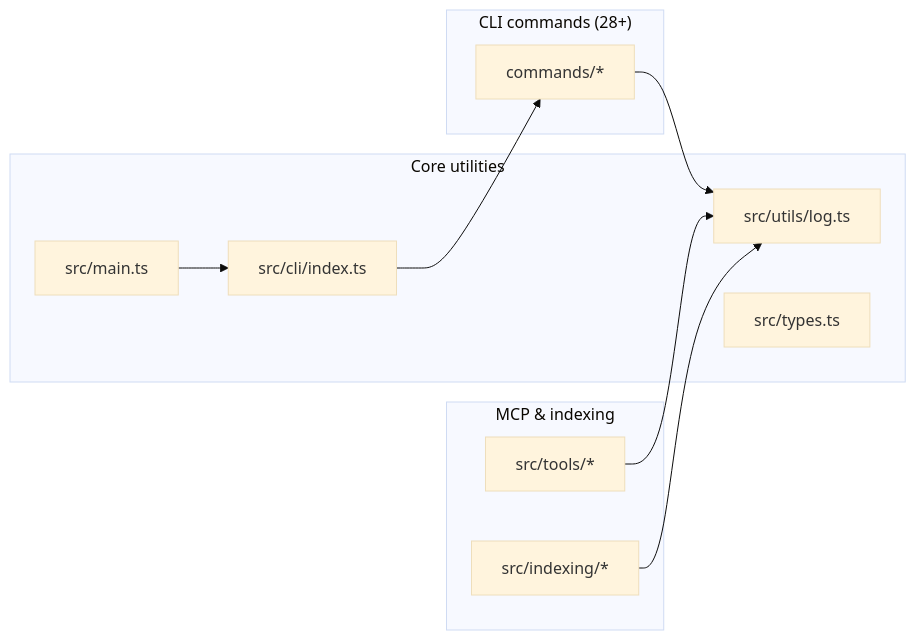
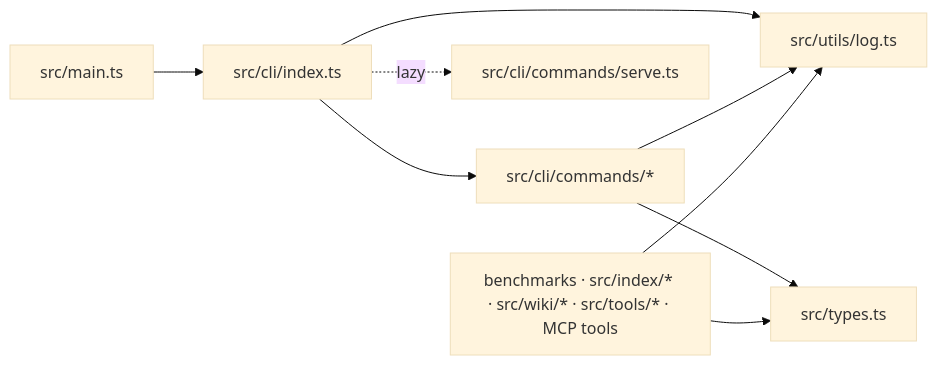
One commit to TheWinci/mimirs changed the second of 2 diagrams in wiki/communities/cli-entry-core.md. Above: the diagram before and after it, drawn with Mermaid (base theme). The commit also changed other lines of this file and 36 other files, not shown here.

````diff
--- a/wiki/communities/cli-entry-core.md
+++ b/wiki/communities/cli-entry-core.md
@@ -34,21 +41,18 @@
 ```mermaid
 flowchart LR
-  subgraph core ["Core utilities"]
-    mainTs["src/main.ts"]
-    cliIdx["src/cli/index.ts"]
-    logUtil["src/utils/log.ts"]
-    types["src/types.ts"]
-  end
-  subgraph cmds ["CLI commands (28+)"]
-    cmdHandlers["commands/*"]
-  end
-  subgraph consumers ["MCP & indexing"]
-    tools["src/tools/*"]
-    indexing["src/indexing/*"]
-  end
-  mainTs --> cliIdx
-  cliIdx --> cmdHandlers
-  cmdHandlers --> logUtil
-  tools --> logUtil
-  indexing --> logUtil
+    entry["src/main.ts"]
+    dispatch["src/cli/index.ts"]
+    logMod["src/utils/log.ts"]
+    typesMod["src/types.ts"]
+    commands["src/cli/commands/*"]
+    serve["src/cli/commands/serve.ts"]
+    consumers["benchmarks · src/index/* · src/wiki/* · src/tools/* · MCP tools"]
+    entry --> dispatch
+    dispatch --> commands
+    dispatch -.lazy.-> serve
+    dispatch --> logMod
+    commands --> logMod
+    commands --> typesMod
+    consumers --> logMod
+    consumers --> typesMod
 ```
````
